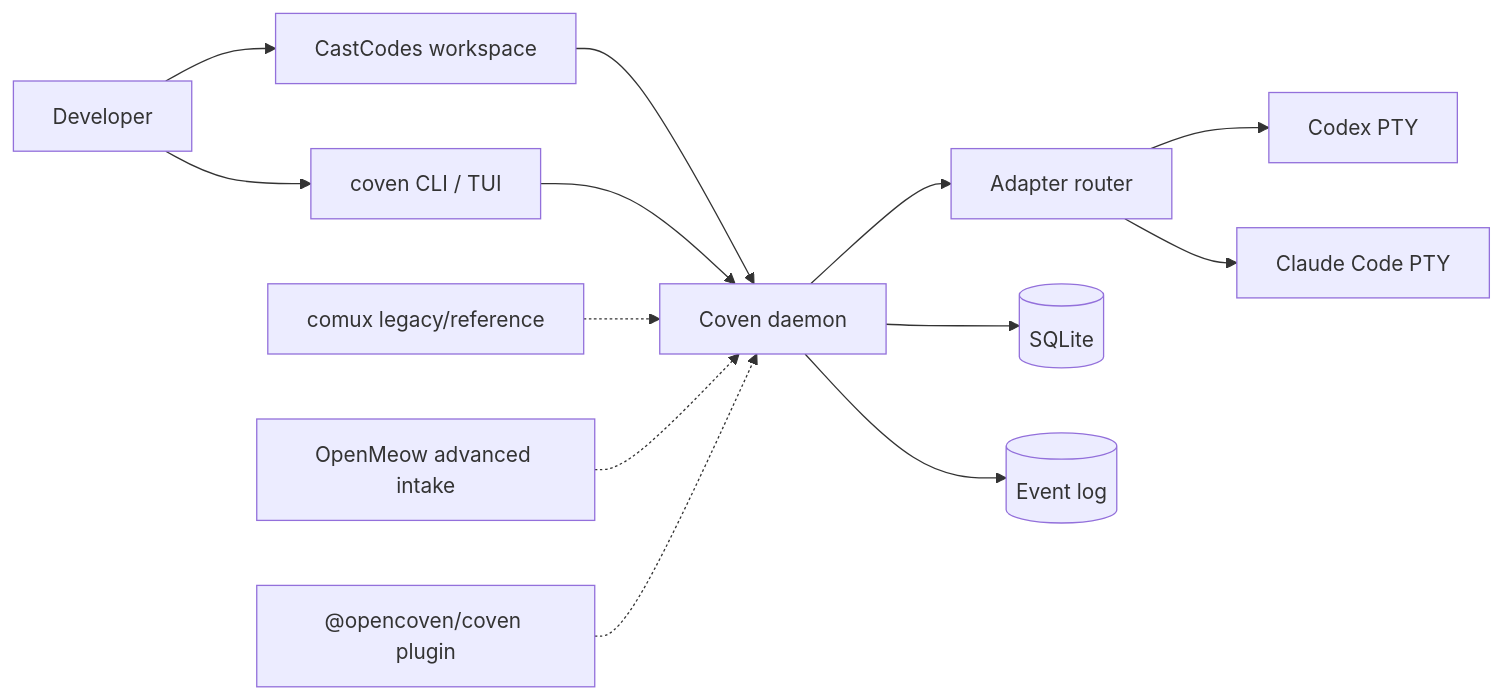
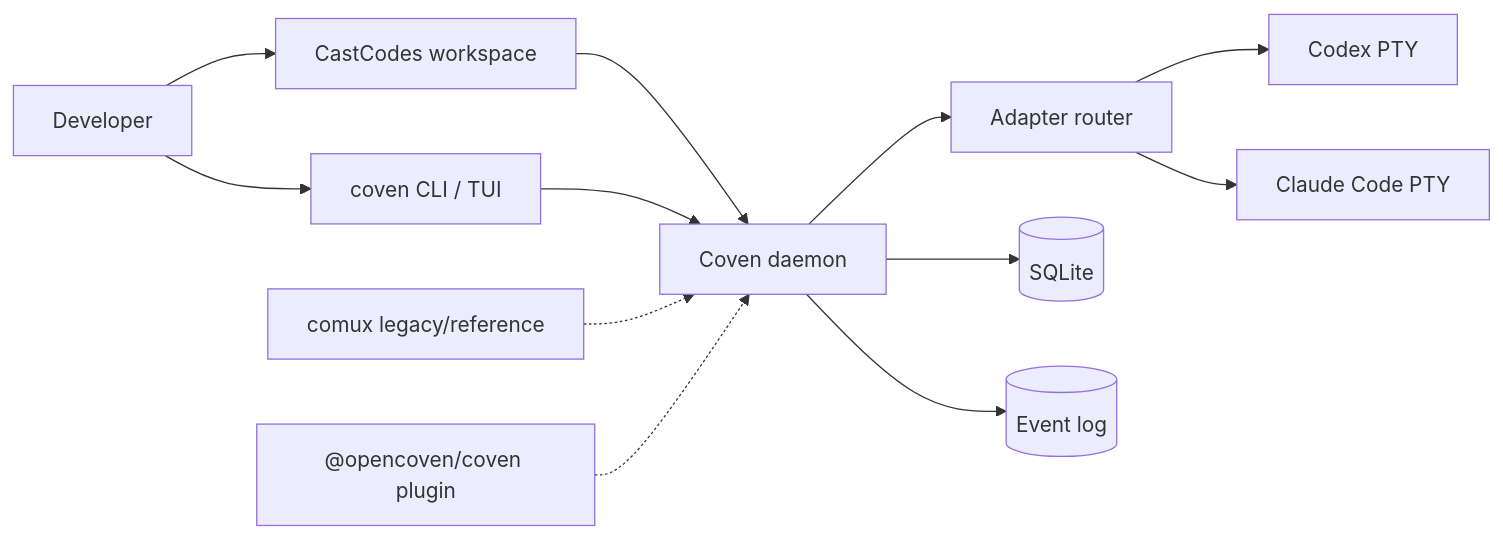
Before and after one commit to OpenCoven/coven: the diagram in docs/concepts/runtime-topology.md, drawn with Mermaid. The commit also changed 48 other files, not shown here.

First line of the commit message:
chore: scrub stray OpenMeow references (#256)

````diff
--- a/docs/concepts/runtime-topology.md
+++ b/docs/concepts/runtime-topology.md
@@ -9,15 +9,14 @@
 ```mermaid
 flowchart LR
   User[Developer] --> CastCodes[CastCodes workspace]
   CastCodes --> Daemon[Coven daemon]
   User --> CLI[coven CLI / TUI]
   CLI --> Daemon
   Comux[comux legacy/reference] -.-> Daemon
-  OpenMeow[OpenMeow advanced intake] -.-> Daemon
   Plugin["@opencoven/coven plugin"] -.-> Daemon
   Daemon --> Adapter[Adapter router]
   Adapter --> Codex[Codex PTY]
   Adapter --> Claude[Claude Code PTY]
   Daemon --> Store[(SQLite)]
   Daemon --> Events[(Event log)]
 ```
````
